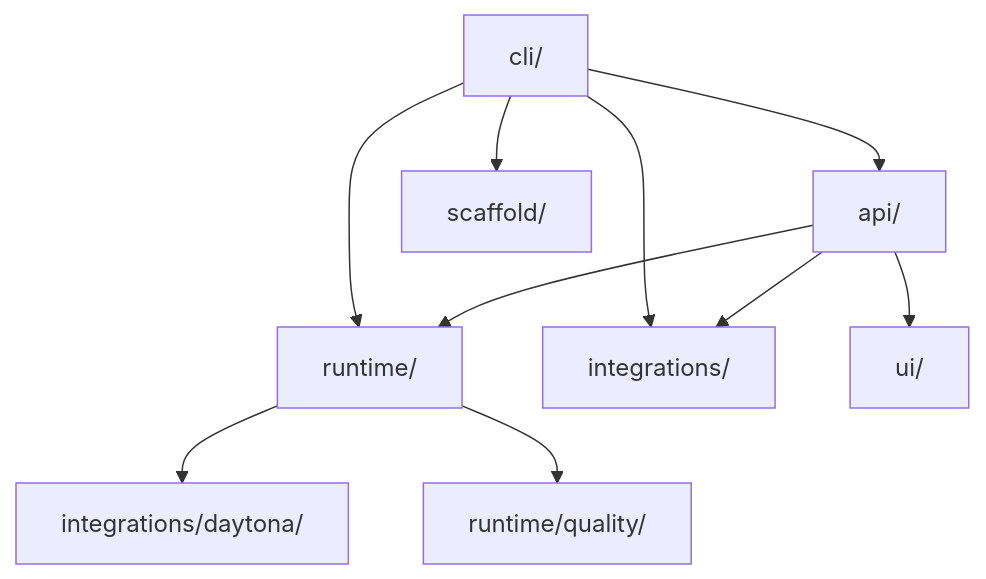
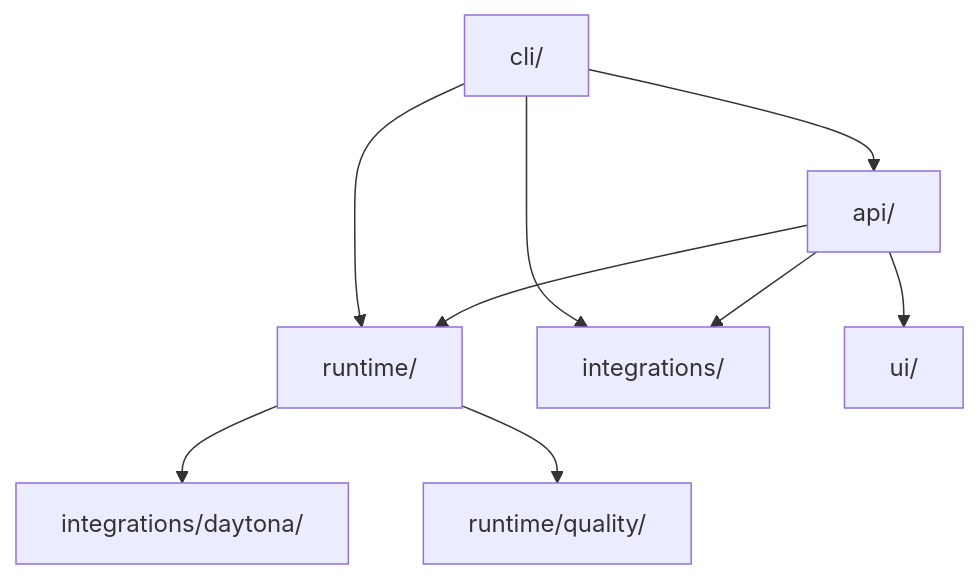
One commit to Qredence/fleet-rlm changed the first of 3 diagrams in docs/reference/module-map.md. Above: the diagram before and after it, drawn with Mermaid. The commit also changed other lines of this file and 23 other files, not shown here.

````diff
--- a/docs/reference/module-map.md
+++ b/docs/reference/module-map.md
@@ -7,14 +7,13 @@
 ```mermaid
 graph TB
     CLI["cli/"] --> API["api/"]
     CLI --> RUNTIME["runtime/"]
     CLI --> INTEGRATIONS["integrations/"]
-    CLI --> SCAFFOLD["scaffold/"]
 
     API --> RUNTIME
     API --> INTEGRATIONS
     API --> UI["ui/"]
 
     RUNTIME --> DAYTONA["integrations/daytona/"]
     RUNTIME --> QUALITY["runtime/quality/"]
 ```
````
